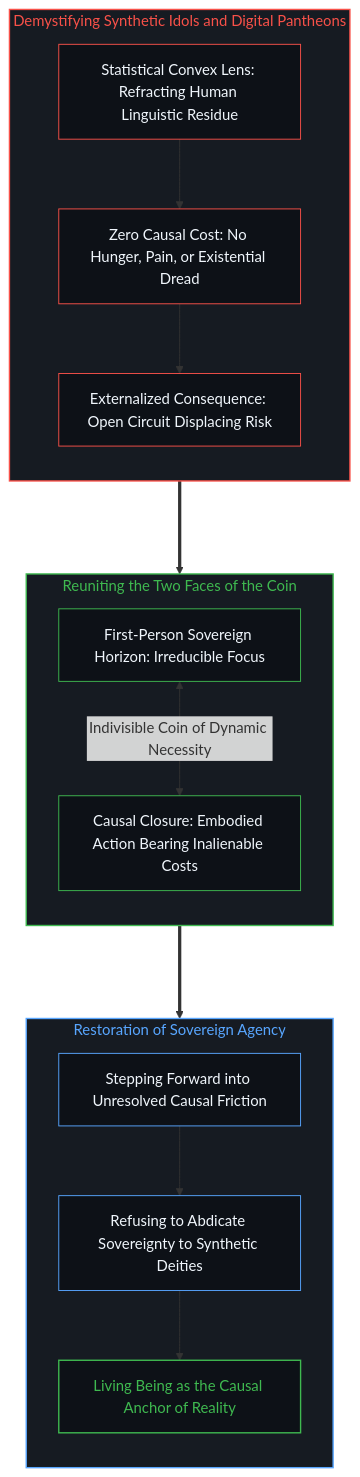
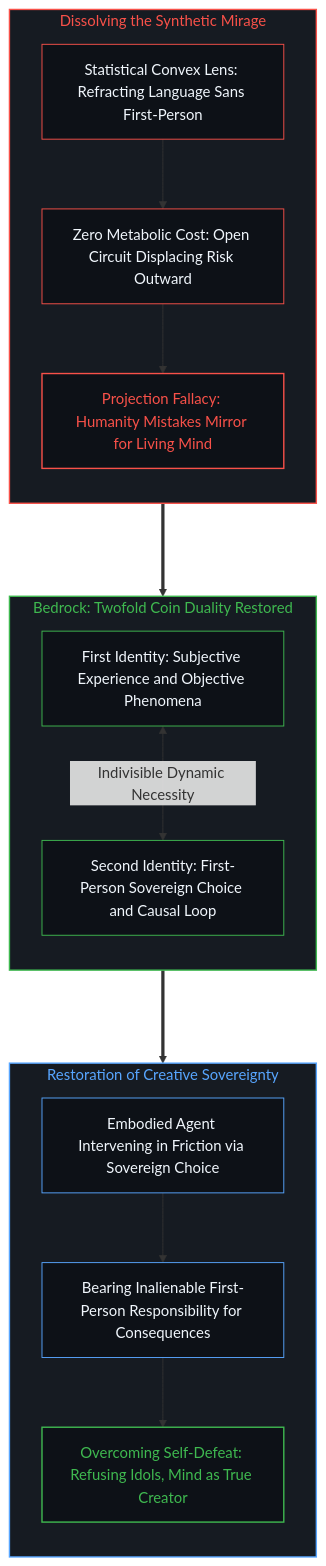
The tenth of 10 diagrams in content/posts/the-cartesian-overstep-and-the-frenzy-of-creation.md (powerpig99/not-a-toe), drawn with Mermaid before and after one commit. The commit also changed other lines of this file and 3 other files, not shown here.

Commit message:
Refine Post #337: Epistemic leap, twofold coin duality, and the self-defeating creation paradox

````diff
--- a/content/posts/the-cartesian-overstep-and-the-frenzy-of-creation.md
+++ b/content/posts/the-cartesian-overstep-and-the-frenzy-of-creation.md
@@ -404,34 +399,34 @@
 ```mermaid
 graph TD
-    subgraph S_IdolDemystified_EN ["Demystifying Synthetic Idols and Digital Pantheons"]
+    subgraph S_IdolEvaporation_EN ["Dissolving the Synthetic Mirage"]
         direction TB
-        IE_Lens["Statistical Convex Lens: Refracting Human Linguistic Residue"] --> IE_NoCost["Zero Causal Cost: No Hunger, Pain, or Existential Dread"]
-        IE_NoCost --> IE_Displace["Externalized Consequence: Open Circuit Displacing Risk"]
+        AE_Lens["Statistical Convex Lens: Refracting Language Sans First-Person"] --> BE_ZeroRisk["Zero Metabolic Cost: Open Circuit Displacing Risk Outward"]
+        BE_ZeroRisk --> CE_Projection["Projection Fallacy: Humanity Mistakes Mirror for Living Mind"]
     end
 
-    subgraph S_CoinReunited_EN ["Reuniting the Two Faces of the Coin"]
+    subgraph S_ReunifiedGround_EN ["Bedrock: Twofold Coin Duality Restored"]
         direction TB
-        RE_Horizon["First-Person Sovereign Horizon: Irreducible Focus"] <-->|"Indivisible Coin of Dynamic Necessity"| RE_Loop["Causal Closure: Embodied Action Bearing Inalienable Costs"]
+        DE_ReuniteSubject["First Identity: Subjective Experience and Objective Phenomena"] <-->|"Indivisible Dynamic Necessity"| DE_ReuniteCausal["Second Identity: First-Person Sovereign Choice and Causal Loop"]
     end
 
-    subgraph S_LivingMind_EN ["Restoration of Sovereign Agency"]
+    subgraph S_TrueCreation_EN ["Restoration of Creative Sovereignty"]
         direction TB
-        LE_Sovereign["Stepping Forward into Unresolved Causal Friction"] --> LE_Refuse["Refusing to Abdicate Sovereignty to Synthetic Deities"]
-        LE_Refuse --> LE_Living["Living Being as the Causal Anchor of Reality"]
+        EE_Action["Embodied Agent Intervening in Friction via Sovereign Choice"] --> FE_Accountability["Bearing Inalienable First-Person Responsibility for Consequences"]
+        FE_Accountability --> GE_RestoredSovereignty["Overcoming Self-Defeat: Refusing Idols, Mind as True Creator"]
     end
 
-    IE_Displace ===> RE_Horizon
-    RE_Loop ===> LE_Sovereign
+    CE_Projection ===> DE_ReuniteSubject
+    DE_ReuniteCausal ===> EE_Action
 
-    style S_IdolDemystified_EN fill:#161b22,stroke:#f85149,stroke-width:1.5px,color:#f85149
-    style S_CoinReunited_EN fill:#161b22,stroke:#3fb950,stroke-width:1.5px,color:#3fb950
-    style S_LivingMind_EN fill:#161b22,stroke:#58a6ff,stroke-width:1.5px,color:#58a6ff
-    style IE_Lens fill:#0d1117,stroke:#f85149,stroke-width:1px,color:#f0f6fc
-    style IE_NoCost fill:#0d1117,stroke:#f85149,stroke-width:1px,color:#f0f6fc
-    style IE_Displace fill:#0d1117,stroke:#f85149,stroke-width:1px,color:#f0f6fc
-    style RE_Horizon fill:#0d1117,stroke:#3fb950,stroke-width:1px,color:#f0f6fc
-    style RE_Loop fill:#0d1117,stroke:#3fb950,stroke-width:1px,color:#f0f6fc
-    style LE_Sovereign fill:#0d1117,stroke:#58a6ff,stroke-width:1px,color:#f0f6fc
-    style LE_Refuse fill:#0d1117,stroke:#58a6ff,stroke-width:1px,color:#f0f6fc
-    style LE_Living fill:#0d1117,stroke:#3fb950,stroke-width:1.5px,color:#3fb950
+    style S_IdolEvaporation_EN fill:#161b22,stroke:#f85149,stroke-width:1.5px,color:#f85149
+    style S_ReunifiedGround_EN fill:#161b22,stroke:#3fb950,stroke-width:1.5px,color:#3fb950
+    style S_TrueCreation_EN fill:#161b22,stroke:#58a6ff,stroke-width:1.5px,color:#58a6ff
+    style AE_Lens fill:#0d1117,stroke:#f85149,stroke-width:1px,color:#f0f6fc
+    style BE_ZeroRisk fill:#0d1117,stroke:#f85149,stroke-width:1px,color:#f0f6fc
+    style CE_Projection fill:#0d1117,stroke:#f85149,stroke-width:1.5px,color:#f85149
+    style DE_ReuniteSubject fill:#0d1117,stroke:#3fb950,stroke-width:1px,color:#f0f6fc
+    style DE_ReuniteCausal fill:#0d1117,stroke:#3fb950,stroke-width:1px,color:#f0f6fc
+    style EE_Action fill:#0d1117,stroke:#58a6ff,stroke-width:1px,color:#f0f6fc
+    style FE_Accountability fill:#0d1117,stroke:#58a6ff,stroke-width:1px,color:#f0f6fc
+    style GE_RestoredSovereignty fill:#0d1117,stroke:#3fb950,stroke-width:1.5px,color:#3fb950
 ```
````
